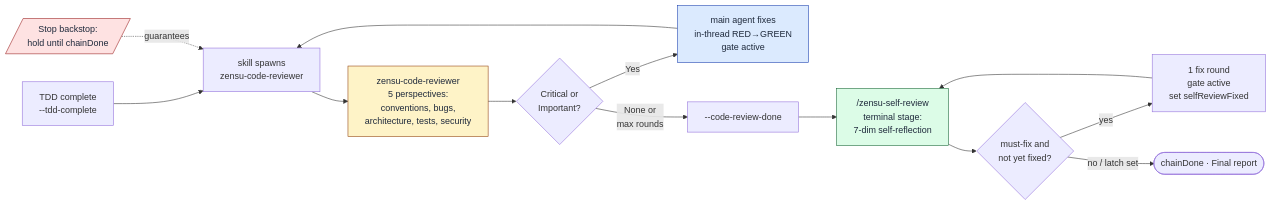
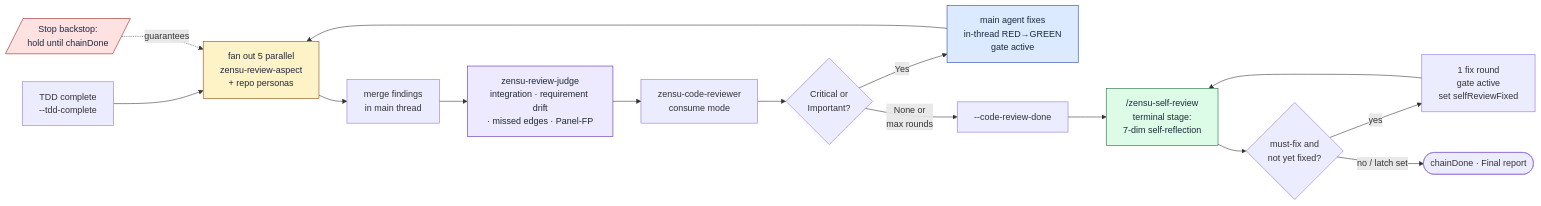
The fourth of 4 diagrams in docs/architecture.md (MKITConsulting/zensu-antigravity), drawn with Mermaid before and after one commit. The commit also changed other lines of this file and 122 other files, not shown here.

````diff
--- a/docs/architecture.md
+++ b/docs/architecture.md
@@ -279,20 +291,23 @@
 ```mermaid
 flowchart LR
-    P6["TDD complete<br/>--tdd-complete"] --> Spawn["skill spawns<br/>zensu-code-reviewer"]
-    Stop[/"Stop backstop:<br/>hold until chainDone"/] -.guarantees.-> Spawn
-    Spawn --> Reviewer["zensu-code-reviewer<br/>5 perspectives:<br/>conventions, bugs,<br/>architecture, tests, security"]
-    Reviewer --> Findings{"Critical or<br/>Important?"}
+    P6["TDD complete<br/>--tdd-complete"] --> Fan["fan out 5 parallel<br/>zensu-review-aspect<br/>+ repo personas"]
+    Stop[/"Stop backstop:<br/>hold until chainDone"/] -.guarantees.-> Fan
+    Fan --> Merge["merge findings<br/>in main thread"]
+    Merge --> Judge["zensu-review-judge<br/>integration · requirement drift<br/>· missed edges · Panel-FP"]
+    Judge --> Spawn["zensu-code-reviewer<br/>consume mode"]
+    Spawn --> Findings{"Critical or<br/>Important?"}
     Findings -->|"Yes"| Fix["main agent fixes<br/>in-thread RED→GREEN<br/>gate active"]
-    Fix --> Spawn
+    Fix --> Fan
     Findings -->|"None or<br/>max rounds"| CRD["--code-review-done"]
     CRD --> SelfRev["/zensu-self-review<br/>terminal stage:<br/>7-dim self-reflection"]
     SelfRev --> MustFix{"must-fix and<br/>not yet fixed?"}
     MustFix -->|"yes"| SRFix["1 fix round<br/>gate active<br/>set selfReviewFixed"]
     SRFix --> SelfRev
     MustFix -->|"no / latch set"| Done(["chainDone · Final report"])
 
-    style Reviewer fill:#fef3c7,stroke:#92400e,color:#1e293b
+    style Fan fill:#fef3c7,stroke:#92400e,color:#1e293b
+    style Judge fill:#ede9fe,stroke:#5b21b6,color:#1e293b
     style SelfRev fill:#dcfce7,stroke:#166534,color:#1e293b
     style Fix fill:#dbeafe,stroke:#1e40af,color:#1e293b
     style Stop fill:#fee2e2,stroke:#991b1b,color:#1e293b
 ```
````
